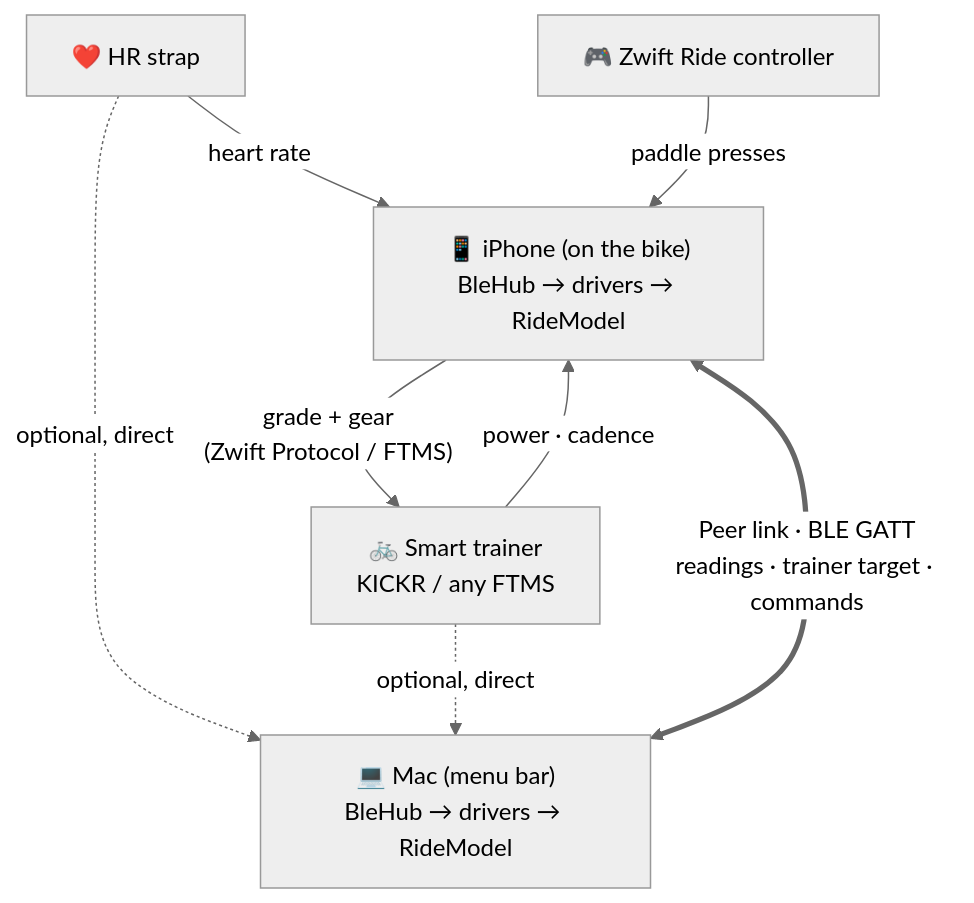
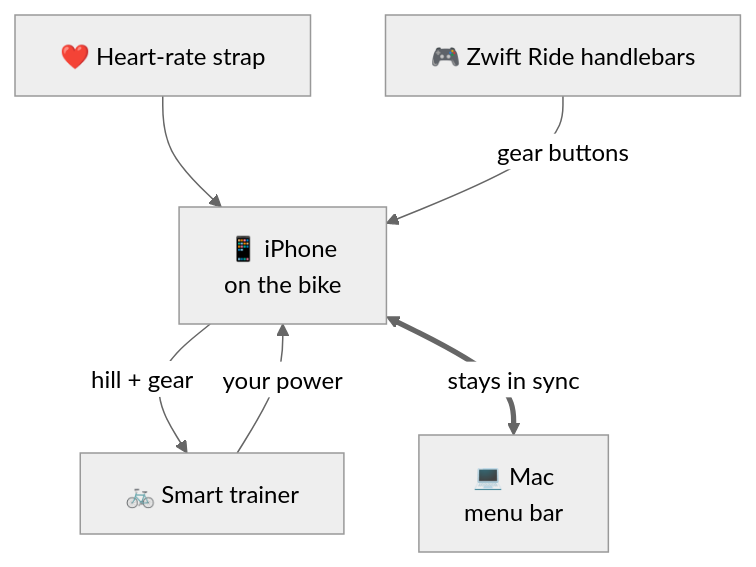
The first of 2 diagrams in README.md (pjoachims/orbeat), drawn with Mermaid (neutral theme) before and after one commit. The commit also changed other lines of this file, not shown here.

````diff
--- a/README.md
+++ b/README.md
@@ -35,18 +27,14 @@
 ```mermaid
 flowchart TB
-    HR["❤️ HR strap"]
-    KICKR["🚲 Smart trainer<br/>KICKR / any FTMS"]
-    RIDE["🎮 Zwift Ride controller"]
+    HR["❤️ Heart-rate strap"]
+    BIKE["🚲 Smart trainer"]
+    PADS["🎮 Zwift Ride handlebars"]
+    PHONE["📱 iPhone<br/>on the bike"]
+    MAC["💻 Mac<br/>menu bar"]
 
-    IPHONE["📱 iPhone (on the bike)<br/>BleHub → drivers → RideModel"]
-    MAC["💻 Mac (menu bar)<br/>BleHub → drivers → RideModel"]
-
-    HR -- heart rate --> IPHONE
-    RIDE -- paddle presses --> IPHONE
-    KICKR -- "power · cadence" --> IPHONE
-    IPHONE -- "grade + gear<br/>(Zwift Protocol / FTMS)" --> KICKR
-    HR -. "optional, direct" .-> MAC
-    KICKR -. "optional, direct" .-> MAC
-
-    IPHONE <== "Peer link · BLE GATT<br/>readings · trainer target · commands" ==> MAC
+    HR --> PHONE
+    PADS -- "gear buttons" --> PHONE
+    BIKE -- "your power" --> PHONE
+    PHONE -- "hill + gear" --> BIKE
+    PHONE <== "stays in sync" ==> MAC
 ```
````
